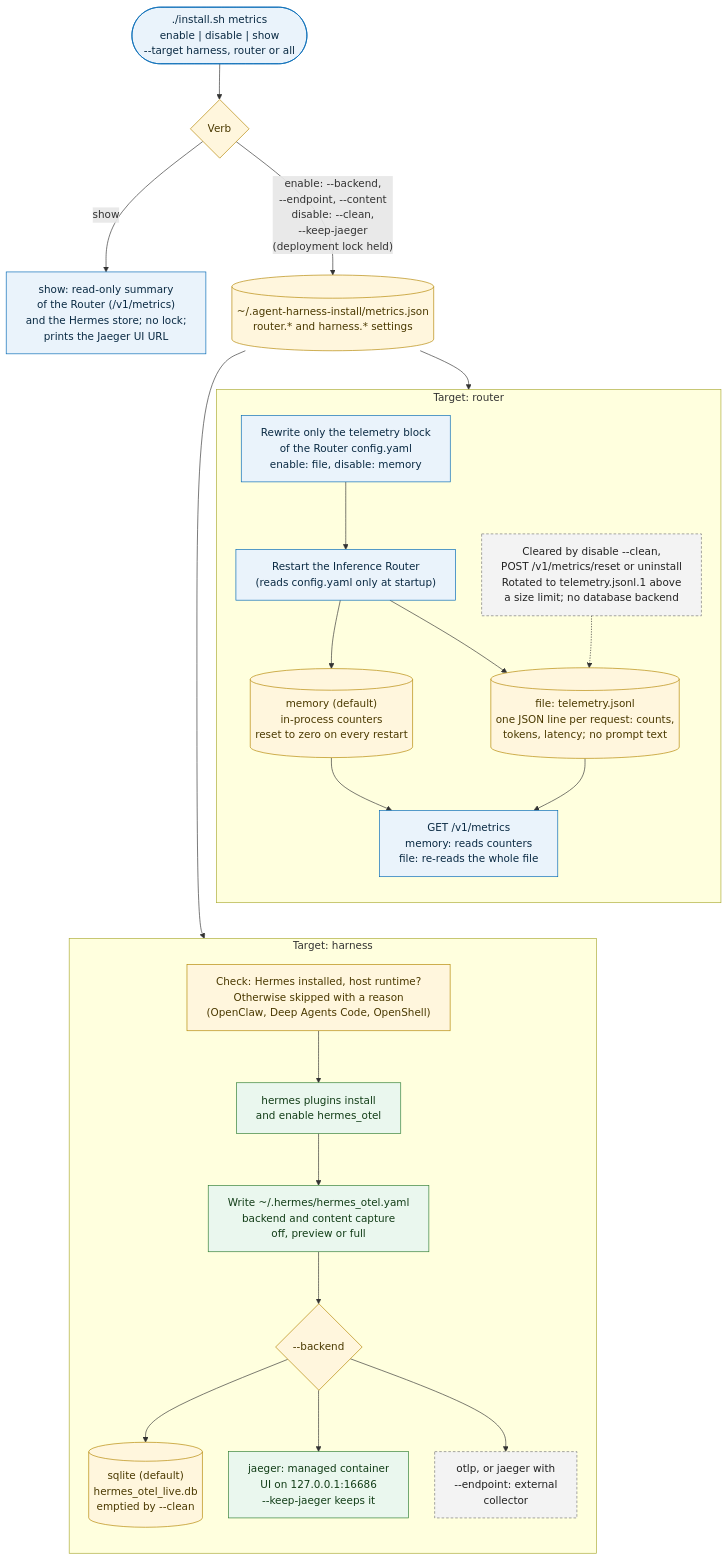
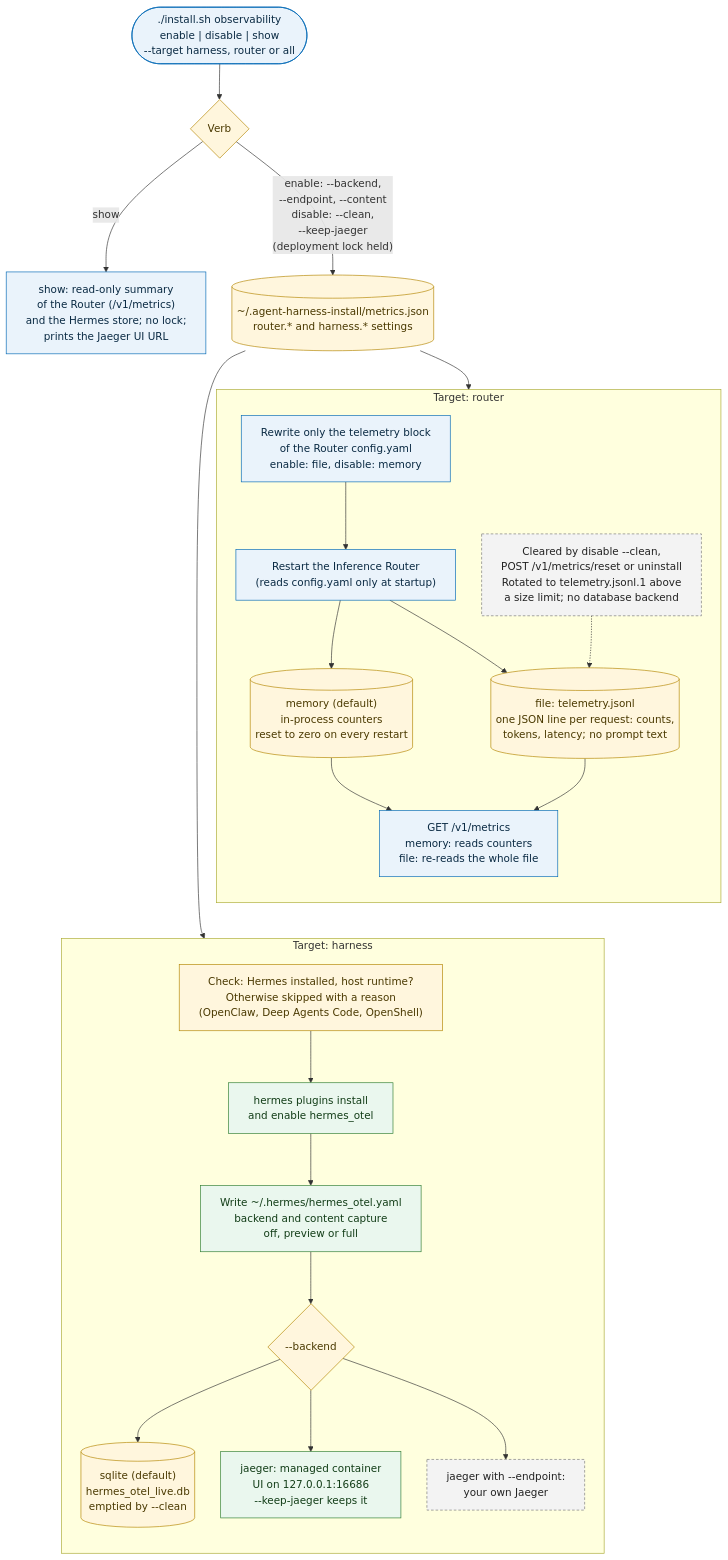
The third of 4 diagrams in frameworks/agent-harness-install/README.md (open-edge-platform/edge-ai-libraries), drawn with Mermaid before and after one commit. The commit also changed other lines of this file and 12 other files, not shown here.

````diff
--- a/frameworks/agent-harness-install/README.md
+++ b/frameworks/agent-harness-install/README.md
@@ -196,52 +196,52 @@
 ```mermaid
 %%{init: {"flowchart": {"wrappingWidth": 420, "nodeSpacing": 40, "rankSpacing": 55, "curve": "basis"}}}%%
 flowchart TD
     classDef step fill:#EAF3FB,stroke:#0068B5,color:#0A2A43
     classDef decision fill:#FFF6DD,stroke:#B38600,color:#4A3900
     classDef agent fill:#EAF7EE,stroke:#2E7D32,color:#123D17
     classDef store fill:#FFF6DD,stroke:#B38600,color:#4A3900
     classDef ext fill:#F3F3F3,stroke:#777777,color:#222222,stroke-dasharray: 4 3
 
-    CMD(["./install.sh metrics<br/>enable | disable | show<br/>--target harness, router or all"]):::step
+    CMD(["./install.sh observability<br/>enable | disable | show<br/>--target harness, router or all"]):::step
     LOCK{"Verb"}:::decision
     SHOWN["show: read-only summary<br/>of the Router (/v1/metrics)<br/>and the Hermes store; no lock;<br/>prints the Jaeger UI URL"]:::step
     STATE[("~/.agent-harness-install/metrics.json<br/>router.* and harness.* settings")]:::store
 
     CMD --> LOCK
     LOCK -- "show" --> SHOWN
     LOCK -- "enable: --backend,<br/>--endpoint, --content<br/>disable: --clean,<br/>--keep-jaeger<br/>(deployment lock held)" --> STATE
 
     subgraph RT["Target: router"]
         direction TB
         RCFG["Rewrite only the telemetry block<br/>of the Router config.yaml<br/>enable: file, disable: memory"]:::step
         RIR["Restart the Inference Router<br/>(reads config.yaml only at startup)"]:::step
         RMEM[("memory (default)<br/>in-process counters<br/>reset to zero on every restart")]:::store
         RJSONL[("file: telemetry.jsonl<br/>one JSON line per request: counts,<br/>tokens, latency; no prompt text")]:::store
         RAPI["GET /v1/metrics<br/>memory: reads counters<br/>file: re-reads the whole file"]:::step
         RCLR["Cleared by disable --clean,<br/>POST /v1/metrics/reset or uninstall<br/>Rotated to telemetry.jsonl.1 above<br/>a size limit; no database backend"]:::ext
         RCFG --> RIR
         RIR --> RMEM
         RIR --> RJSONL
         RMEM --> RAPI
         RJSONL --> RAPI
         RCLR -.-> RJSONL
     end
     STATE --> RCFG
 
     subgraph HT["Target: harness"]
         direction TB
         HCHK["Check: Hermes installed, host runtime?<br/>Otherwise skipped with a reason<br/>(OpenClaw, Deep Agents Code, OpenShell)"]:::decision
         HPLUG["hermes plugins install<br/>and enable hermes_otel"]:::agent
         HCFG["Write ~/.hermes/hermes_otel.yaml<br/>backend and content capture<br/>off, preview or full"]:::agent
         HBE{"--backend"}:::decision
         HSQL[("sqlite (default)<br/>hermes_otel_live.db<br/>emptied by --clean")]:::store
         HJ["jaeger: managed container<br/>UI on 127.0.0.1:16686<br/>--keep-jaeger keeps it"]:::agent
-        HO["otlp, or jaeger with<br/>--endpoint: external<br/>collector"]:::ext
+        HO["jaeger with --endpoint:<br/>your own Jaeger"]:::ext
         HCHK --> HPLUG --> HCFG --> HBE
         HBE --> HSQL
         HBE --> HJ
         HBE --> HO
     end
     RAPI ~~~ HCHK
     STATE --> HCHK
 ```
````
